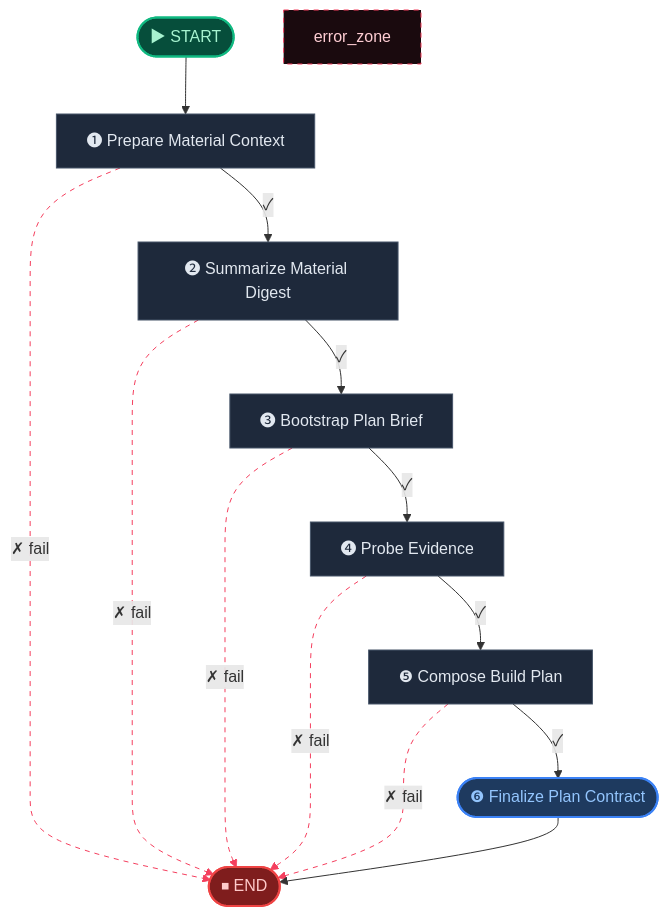
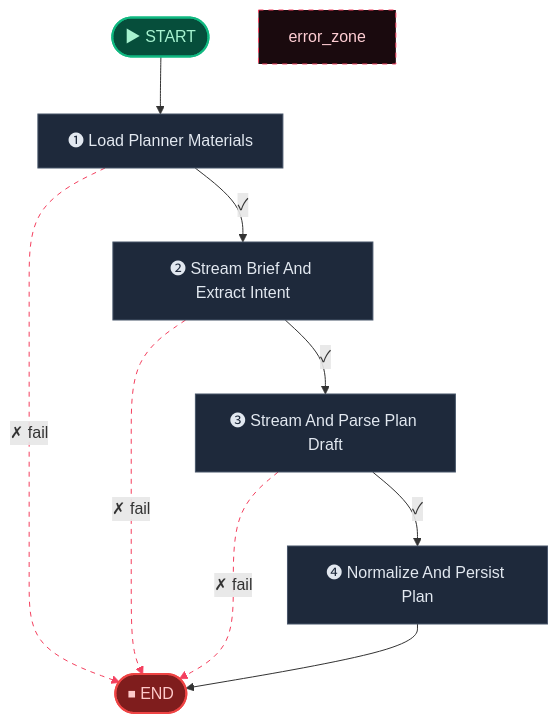
Before and after one commit to aiteachme/AITeachMe: the first of 3 diagrams in backend/scripts/.generated_workflow_diagrams/digest.md, drawn with Mermaid. The commit also changed other lines of this file and 35 other files, not shown here.

````diff
--- a/backend/scripts/.generated_workflow_diagrams/digest.md
+++ b/backend/scripts/.generated_workflow_diagrams/digest.md
@@ -19,36 +19,29 @@
 ```mermaid
 flowchart TD
     __start__(["▶ START"])
-    prepare_material_context["❶ Prepare Material Context"]
-    summarize_material_digest["❷ Summarize Material Digest"]
-    bootstrap_plan_brief["❸ Bootstrap Plan Brief"]
-    probe_evidence["❹ Probe Evidence"]
-    compose_build_plan["❺ Compose Build Plan"]
-    finalize_plan_contract(["❻ Finalize Plan Contract"])
+    load_planner_materials["❶ Load Planner Materials"]
+    stream_brief_and_extract_intent["❷ Stream Brief And Extract Intent"]
+    stream_and_parse_plan_draft["❸ Stream And Parse Plan Draft"]
+    normalize_and_persist_plan["❹ Normalize And Persist Plan"]
     __end__(["⏹ END"])
 
-    __start__ --> prepare_material_context
-    bootstrap_plan_brief -. "✗ fail" .-> __end__
-    bootstrap_plan_brief -->|"✓"| probe_evidence
-    compose_build_plan -. "✗ fail" .-> __end__
-    compose_build_plan -->|"✓"| finalize_plan_contract
-    prepare_material_context -. "✗ fail" .-> __end__
-    prepare_material_context -->|"✓"| summarize_material_digest
-    probe_evidence -. "✗ fail" .-> __end__
-    probe_evidence -->|"✓"| compose_build_plan
-    summarize_material_digest -. "✗ fail" .-> __end__
-    summarize_material_digest -->|"✓"| bootstrap_plan_brief
-    finalize_plan_contract --> __end__
+    __start__ --> load_planner_materials
+    load_planner_materials -. "✗ fail" .-> __end__
+    load_planner_materials -->|"✓"| stream_brief_and_extract_intent
+    stream_and_parse_plan_draft -. "✗ fail" .-> __end__
+    stream_and_parse_plan_draft -->|"✓"| normalize_and_persist_plan
+    stream_brief_and_extract_intent -. "✗ fail" .-> __end__
+    stream_brief_and_extract_intent -->|"✓"| stream_and_parse_plan_draft
+    normalize_and_persist_plan --> __end__
 
     %% ── Styling ──
     classDef startCls fill:#064e3b,stroke:#10b981,stroke-width:2px,color:#a7f3d0
     classDef endCls fill:#7f1d1d,stroke:#ef4444,stroke-width:2px,color:#fecaca
     classDef failCls fill:#4c0519,stroke:#f43f5e,stroke-width:2px,color:#fecdd3
     classDef termCls fill:#1e3a5f,stroke:#3b82f6,stroke-width:2px,color:#93c5fd
     classDef default fill:#1e293b,stroke:#475569,stroke-width:1px,color:#e2e8f0
     style error_zone fill:#1a0a0e,stroke:#f43f5e,stroke-width:1px,color:#fecdd3,stroke-dasharray:5
     class __start__ startCls
-    class finalize_plan_contract termCls
     class __end__ endCls
-    linkStyle 1,3,5,7,9 stroke:#f43f5e,stroke-dasharray:5
+    linkStyle 1,3,5 stroke:#f43f5e,stroke-dasharray:5
 ```
````
